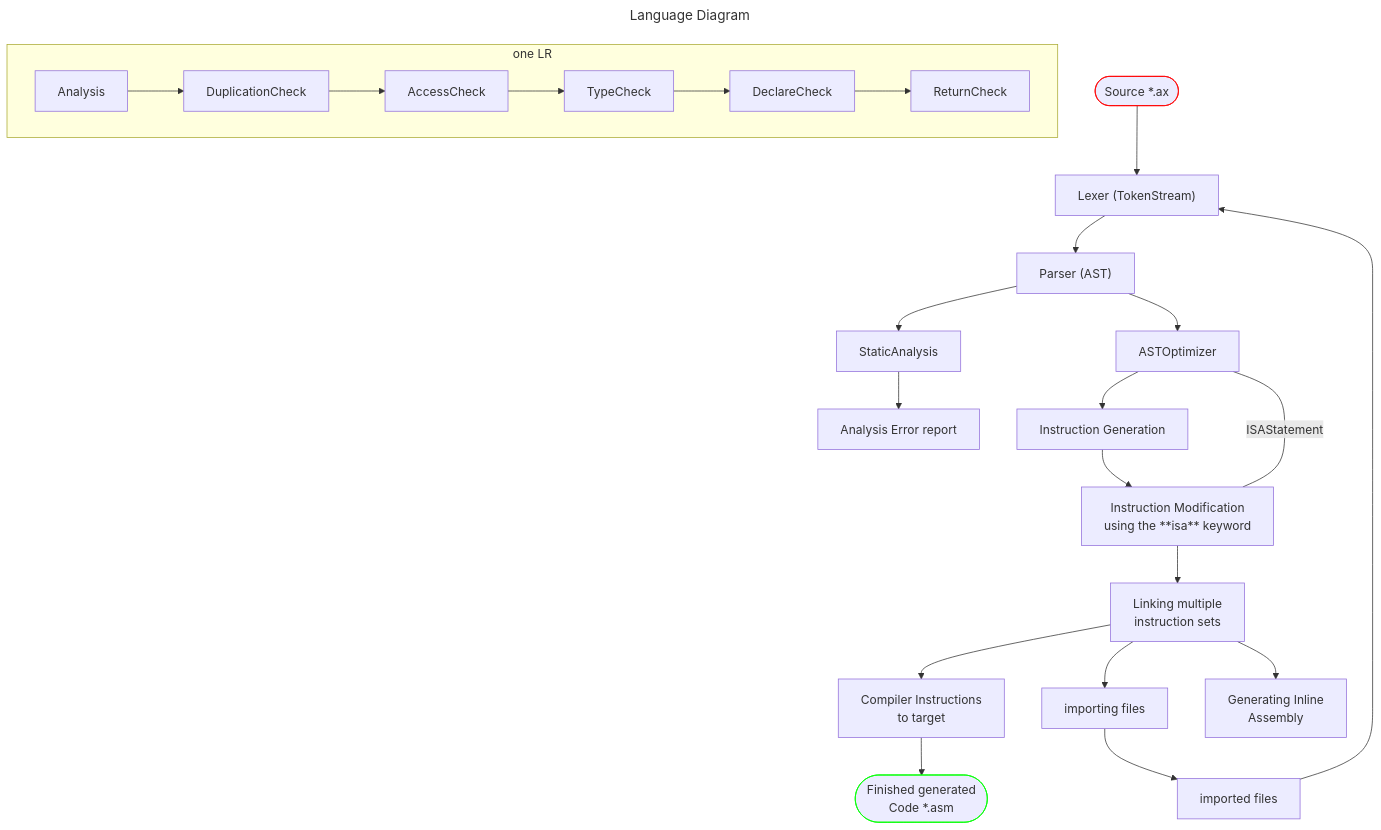
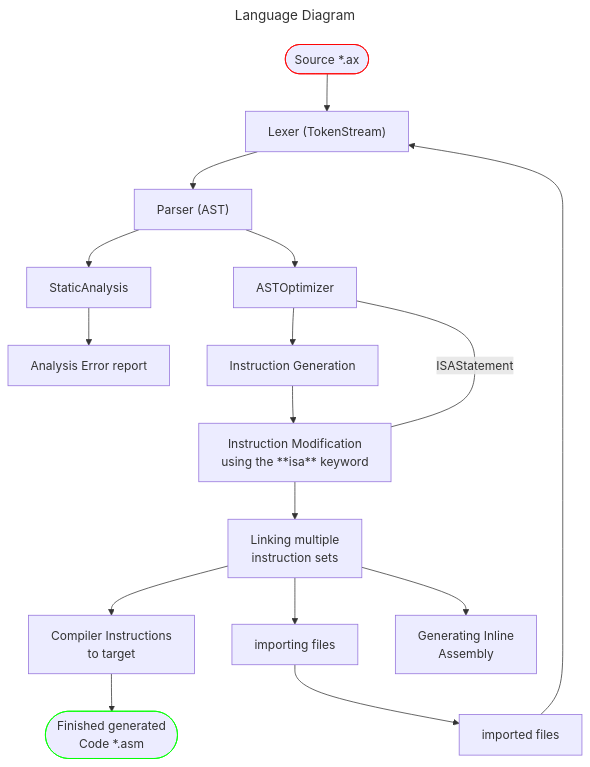
One commit to u64lisa/axiol-language changed the diagram in README.MD. Above: the diagram before and after it, drawn with Mermaid.

````diff
--- a/README.MD
+++ b/README.MD
@@ -15,53 +15,43 @@
 ```mermaid
 ---
 title: Language Diagram
 ---
 graph TD;
     classDef red stroke:#f00
     classDef green stroke:#0f0
 
     source(["Source *.ax"])
     lexer["Lexer (TokenStream)"]
     source:::red --> lexer
     parser["Parser (AST)"]
     lexer --> parser
     analysis["StaticAnalysis"]
     error_stage_1["Analysis Error report"]
     analysis --> error_stage_1
-    
-    subgraph one LR;
-    Analysis --> DuplicationCheck
-    DuplicationCheck --> AccessCheck
-    AccessCheck --> TypeCheck
-    TypeCheck --> DeclareCheck
-    DeclareCheck --> ReturnCheck
-    
-    end
-    
     optimising["ASTOptimizer"]
     parser --> analysis
     parser --> optimising    
     instructionGen["Instruction Generation"]
     optimising --> instructionGen
     instructionModification["Instruction Modification
     using the **isa** keyword"]
     instructionGen --> instructionModification
     optimising-- ISAStatement ---instructionModification
     linker["Linking multiple
     instruction sets"]
     instructionModification --> linker
     importingLogic["importing files"]
     importedSources["imported files"]
     linker --> importingLogic
     importingLogic --> importedSources
     importedSources --> lexer;
     compiler["Compiler Instructions
     to target"]
     inlineASM["Generating Inline 
     Assembly"]
     linker --> inlineASM
     linker --> compiler
        finishedCode(["Finished generated
         Code *.asm"])
     compiler --> finishedCode:::green
 ```
````
